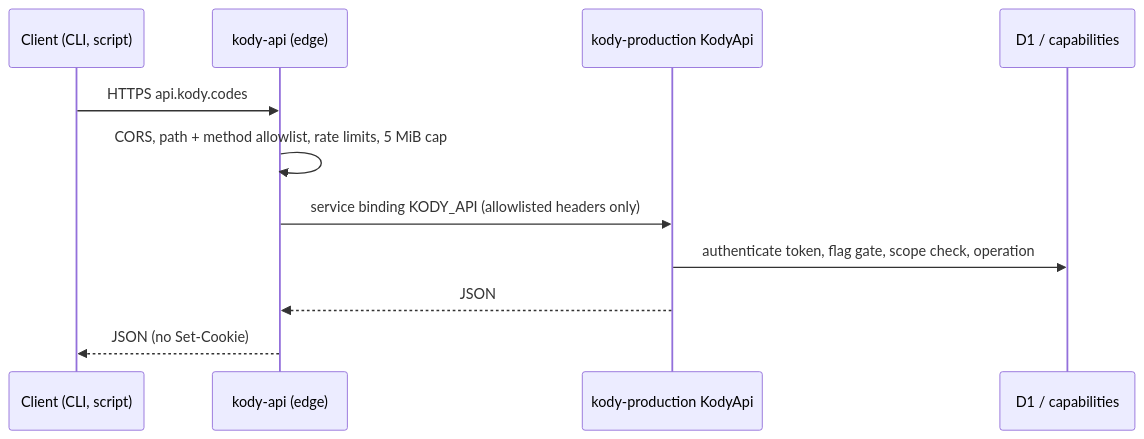
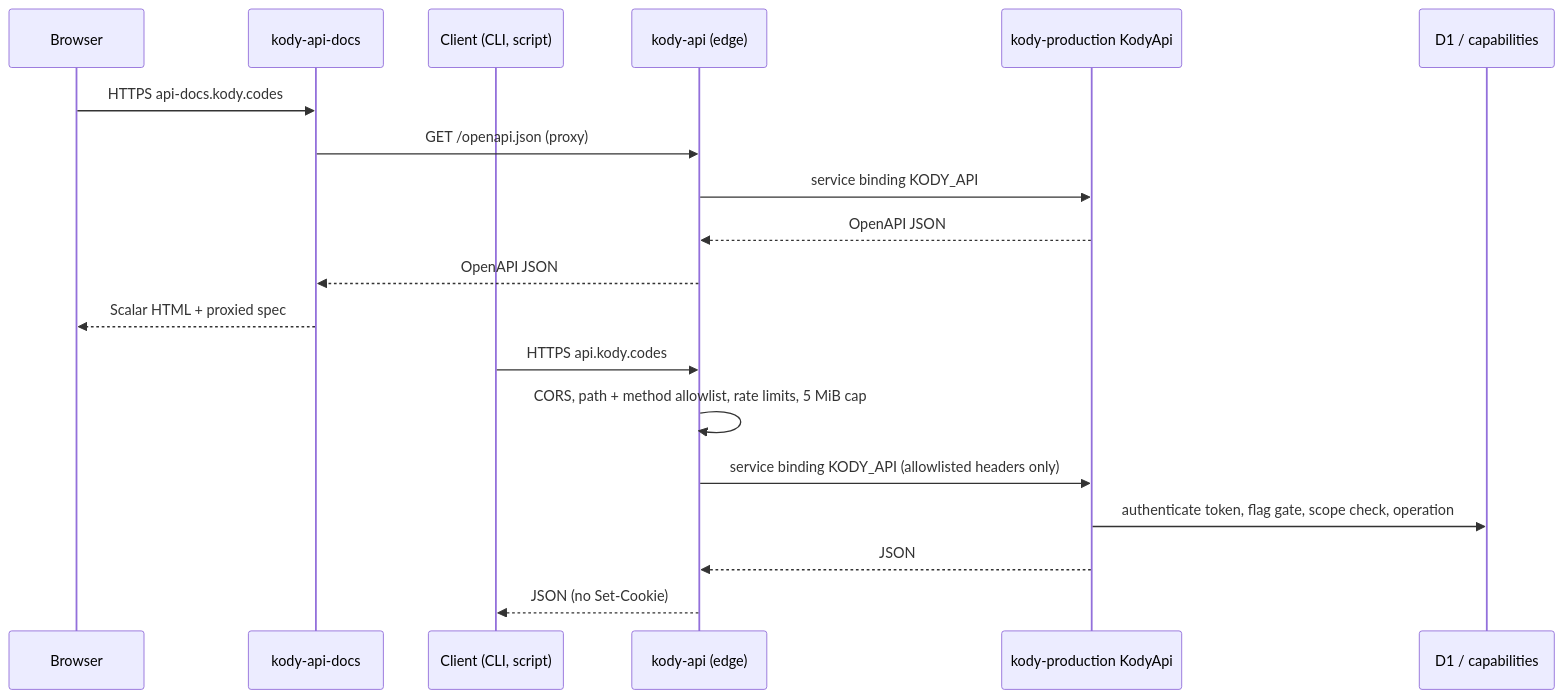
Before and after one commit to alindsay55661/kody: the diagram in docs/contributing/architecture/open-api.md, drawn with Mermaid. The commit also changed other lines of this file and 20 other files, not shown here.

First line of the commit message:
Add api-docs.kody.codes Worker for interactive OpenAPI docs (#2773)

````diff
--- a/docs/contributing/architecture/open-api.md
+++ b/docs/contributing/architecture/open-api.md
@@ -14,13 +16,21 @@
 ```mermaid
 sequenceDiagram
+  participant B as Browser
+  participant D as kody-api-docs
   participant C as Client (CLI, script)
   participant E as kody-api (edge)
   participant O as kody-production KodyApi
-  participant D as D1 / capabilities
+  participant DB as D1 / capabilities
+  B->>D: HTTPS api-docs.kody.codes
+  D->>E: GET /openapi.json (proxy)
+  E->>O: service binding KODY_API
+  O-->>E: OpenAPI JSON
+  E-->>D: OpenAPI JSON
+  D-->>B: Scalar HTML + proxied spec
   C->>E: HTTPS api.kody.codes
   E->>E: CORS, path + method allowlist, rate limits, 5 MiB cap
   E->>O: service binding KODY_API (allowlisted headers only)
-  O->>D: authenticate token, flag gate, scope check, operation
+  O->>DB: authenticate token, flag gate, scope check, operation
   O-->>E: JSON
   E-->>C: JSON (no Set-Cookie)
 ```
````
